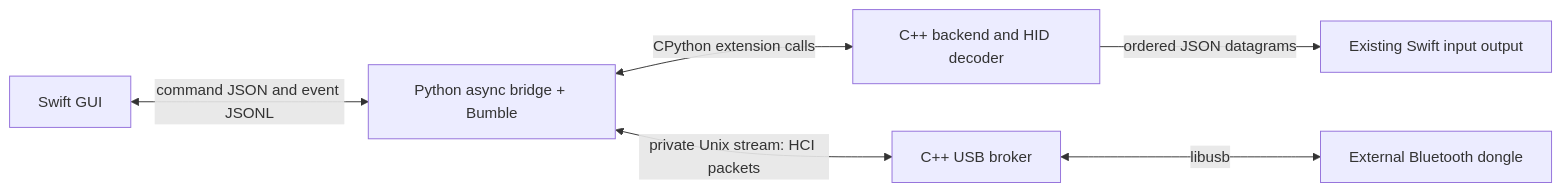
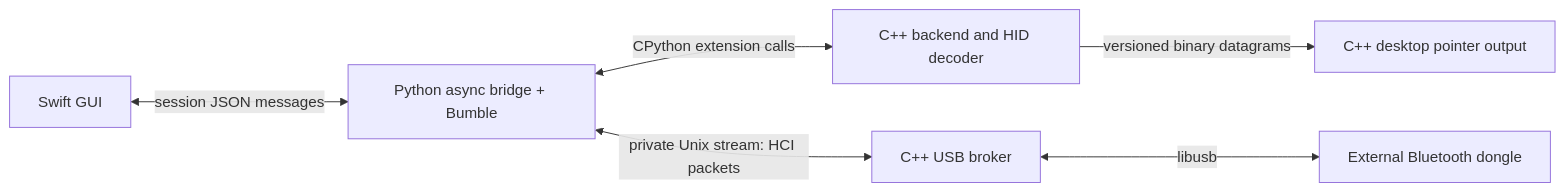
One commit to saikrishna488/raw-bluetooth changed the diagram in docs/NATIVE_BRIDGE.md. Above: the diagram before and after it, drawn with Mermaid. The commit also changed other lines of this file and 27 other files, not shown here.

````diff
--- a/docs/NATIVE_BRIDGE.md
+++ b/docs/NATIVE_BRIDGE.md
@@ -15,8 +15,8 @@
 ```mermaid
 flowchart LR
-    GUI[Swift GUI] <-->|command JSON and event JSONL| Bridge[Python async bridge + Bumble]
+    GUI[Swift GUI] <-->|session JSON messages| Bridge[Python async bridge + Bumble]
     Bridge <-->|CPython extension calls| Core[C++ backend and HID decoder]
     Bridge <-->|private Unix stream: HCI packets| USB[C++ USB broker]
     USB <-->|libusb| Adapter[External Bluetooth dongle]
-    Core -->|ordered JSON datagrams| Output[Existing Swift input output]
+    Core -->|versioned binary datagrams| Output[C++ desktop pointer output]
 ```
````
